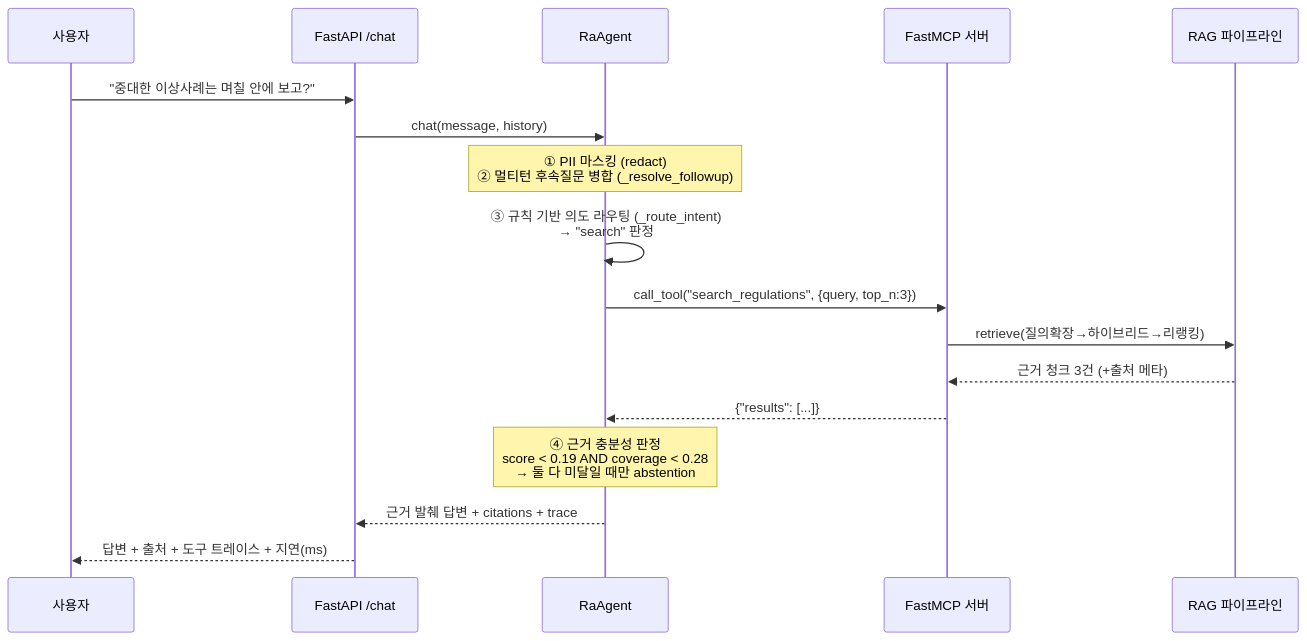
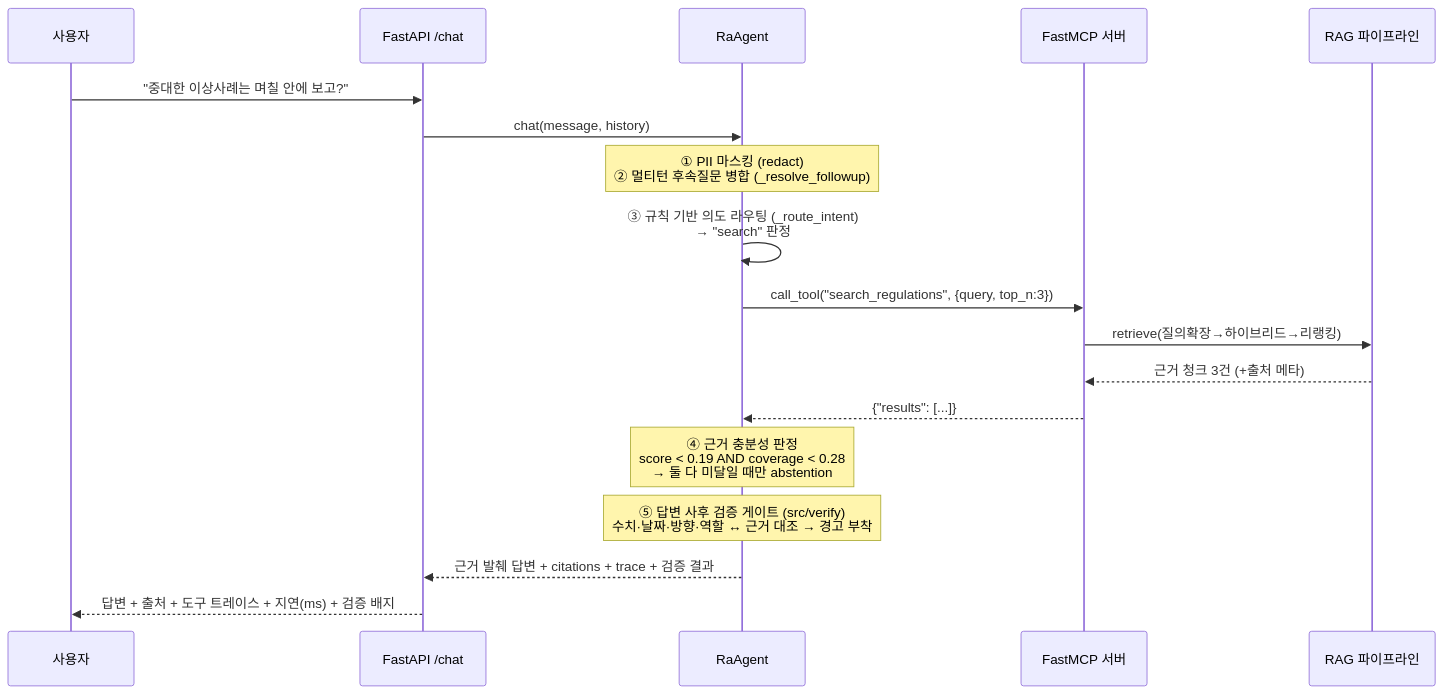
The second of 6 diagrams in project/architecture.md (chaeyoo/letsgogc), drawn with Mermaid before and after one commit. The commit also changed other lines of this file and 27 other files, not shown here.

````diff
--- a/project/architecture.md
+++ b/project/architecture.md
@@ -66,20 +66,21 @@
 ```mermaid
 sequenceDiagram
     participant U as 사용자
     participant API as FastAPI /chat
     participant AG as RaAgent
     participant MCP as FastMCP 서버
     participant RAG as RAG 파이프라인
 
     U->>API: "중대한 이상사례는 며칠 안에 보고?"
     API->>AG: chat(message, history)
     Note over AG: ① PII 마스킹 (redact)<br/>② 멀티턴 후속질문 병합 (_resolve_followup)
     AG->>AG: ③ 규칙 기반 의도 라우팅 (_route_intent)<br/>→ "search" 판정
     AG->>MCP: call_tool("search_regulations", {query, top_n:3})
     MCP->>RAG: retrieve(질의확장→하이브리드→리랭킹)
     RAG-->>MCP: 근거 청크 3건 (+출처 메타)
     MCP-->>AG: {"results": [...]}
     Note over AG: ④ 근거 충분성 판정<br/>score < 0.19 AND coverage < 0.28<br/>→ 둘 다 미달일 때만 abstention
-    AG-->>API: 근거 발췌 답변 + citations + trace
-    API-->>U: 답변 + 출처 + 도구 트레이스 + 지연(ms)
+    Note over AG: ⑤ 답변 사후 검증 게이트 (src/verify)<br/>수치·날짜·방향·역할 ↔ 근거 대조 → 경고 부착
+    AG-->>API: 근거 발췌 답변 + citations + trace + 검증 결과
+    API-->>U: 답변 + 출처 + 도구 트레이스 + 지연(ms) + 검증 배지
 ```
````
